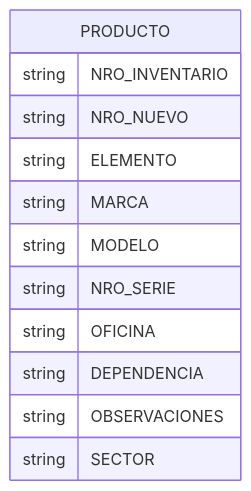
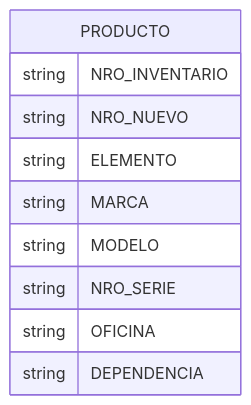
The third of 3 diagrams in README.md (suministros362/Proy_Scan_Patrimonio), drawn with Mermaid before and after one commit. The commit also changed other lines of this file and 60 other files, not shown here.

````diff
--- a/README.md
+++ b/README.md
@@ -398,15 +416,13 @@
 ```mermaid
 erDiagram
     PRODUCTO {
         string NRO_INVENTARIO
         string NRO_NUEVO
         string ELEMENTO
         string MARCA
         string MODELO
         string NRO_SERIE
         string OFICINA
         string DEPENDENCIA
-        string OBSERVACIONES
-        string SECTOR
     }
 ```
````
